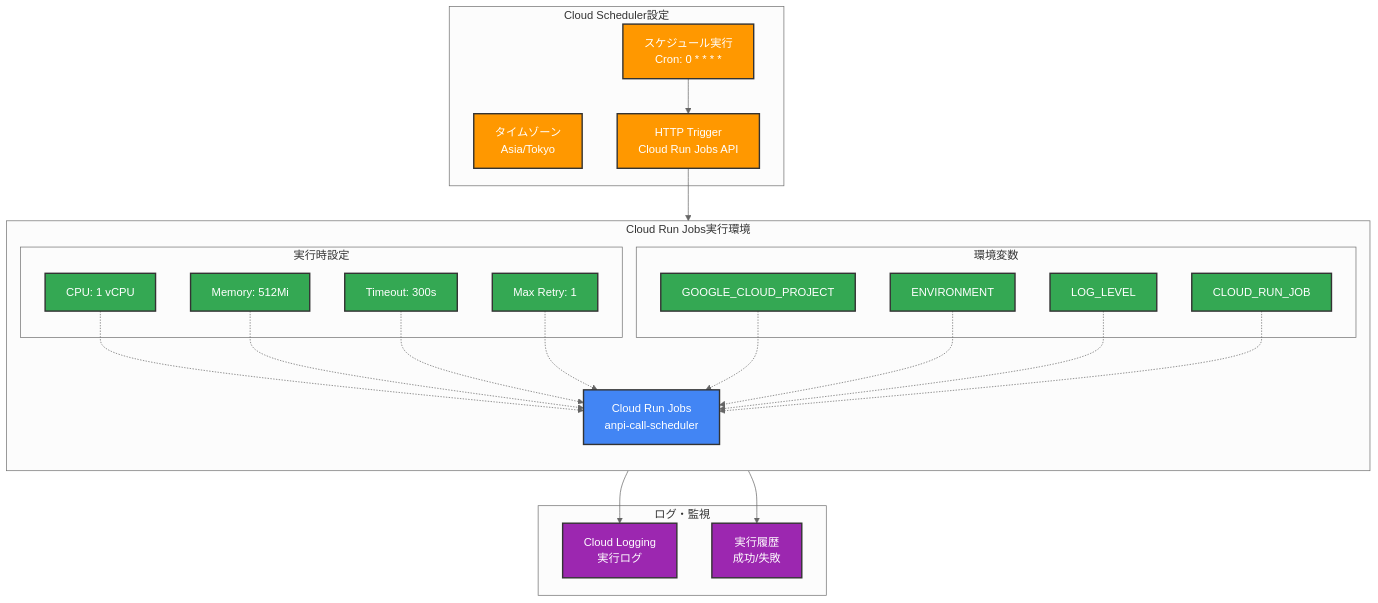
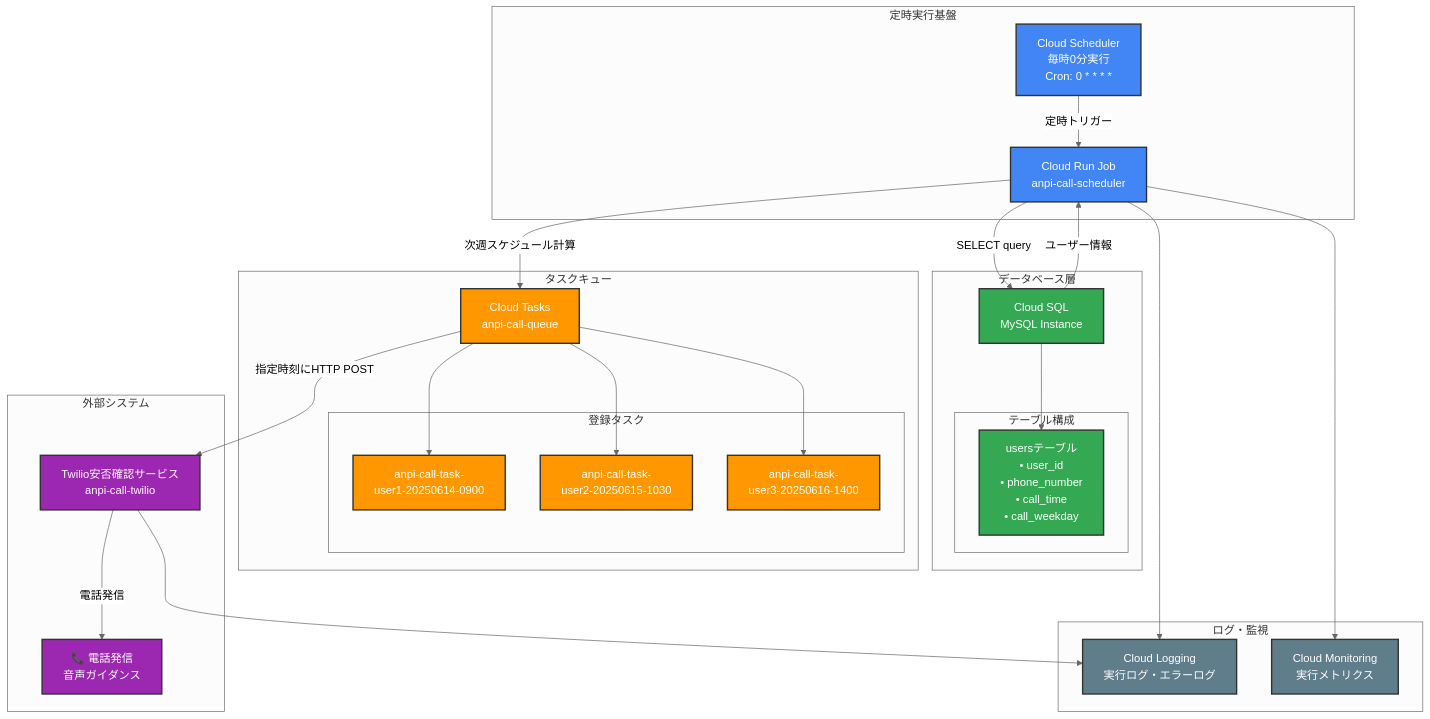
One commit to univac-1/google-cloud-japan-ai-hackathon-vol2 changed the fourth of 5 diagrams in anpi-call-scheduler/docs/system-architecture.md. Above: the diagram before and after it, drawn with Mermaid (neutral theme). The commit also changed other lines of this file and 2 other files, not shown here.

First line of the commit message:
Add detailed processing flow documentation for 安否確認スケジューラー

````diff
--- a/anpi-call-scheduler/docs/system-architecture.md
+++ b/anpi-call-scheduler/docs/system-architecture.md
@@ -187,58 +175,67 @@
 ```mermaid
 graph TB
-    subgraph "Cloud Run Jobs実行環境"
-        direction TB
-        CRJ[Cloud Run Jobs<br/>anpi-call-scheduler]
-        
-        subgraph "実行時設定"
-            CPU[CPU: 1 vCPU]
-            MEM[Memory: 512Mi]
-            TIMEOUT[Timeout: 300s]
-            RETRY[Max Retry: 1]
-        end
-        
-        subgraph "環境変数"
-            PROJECT[GOOGLE_CLOUD_PROJECT]
-            ENV_VAR[ENVIRONMENT]
-            LOG[LOG_LEVEL]
-            JOB_NAME[CLOUD_RUN_JOB]
+    subgraph "定時実行基盤"
+        CS[Cloud Scheduler<br/>毎時0分実行<br/>Cron: 0 * * * *]
+        CRJ[Cloud Run Job<br/>anpi-call-scheduler]
+    end
+    
+    subgraph "データベース層"
+        SQL[Cloud SQL<br/>MySQL Instance]
+        subgraph "テーブル構成"
+            USERS[usersテーブル<br/>• user_id<br/>• phone_number<br/>• call_time<br/>• call_weekday]
         end
     end
     
-    subgraph "Cloud Scheduler設定"
-        SCHEDULE[スケジュール実行<br/>Cron: 0 * * * *]
-        TIMEZONE[タイムゾーン<br/>Asia/Tokyo]
-        HTTP[HTTP Trigger<br/>Cloud Run Jobs API]
+    subgraph "タスクキュー"
+        CT[Cloud Tasks<br/>anpi-call-queue]
+        subgraph "登録タスク"
+            TASK1[anpi-call-task-<br/>user1-20250614-0900]
+            TASK2[anpi-call-task-<br/>user2-20250615-1030]
+            TASK3[anpi-call-task-<br/>user3-20250616-1400]
+        end
+    end
+    
+    subgraph "外部システム"
+        TWILIO[Twilio安否確認サービス<br/>anpi-call-twilio]
+        PHONE[📞 電話発信<br/>音声ガイダンス]
     end
     
     subgraph "ログ・監視"
-        LOGGING[Cloud Logging<br/>実行ログ]
-        MONITOR[実行履歴<br/>成功/失敗]
+        CL[Cloud Logging<br/>実行ログ・エラーログ]
+        CM[Cloud Monitoring<br/>実行メトリクス]
     end
     
-    %% 実行フロー
-    SCHEDULE --> HTTP
-    HTTP --> CRJ
-    CRJ --> LOGGING
-    CRJ --> MONITOR
+    %% メインフロー
+    CS -->|定時トリガー| CRJ
+    CRJ -->|SELECT query| SQL
+    SQL -->|ユーザー情報| CRJ
+    CRJ -->|次週スケジュール計算| CT
+    CT -->|指定時刻にHTTP POST| TWILIO
+    TWILIO -->|電話発信| PHONE
     
-    %% 設定の関係
-    CPU -.-> CRJ
-    MEM -.-> CRJ
-    TIMEOUT -.-> CRJ
-    RETRY -.-> CRJ
-    PROJECT -.-> CRJ
-    ENV_VAR -.-> CRJ
-    LOG -.-> CRJ
-    JOB_NAME -.-> CRJ
+    %% テーブル詳細
+    SQL --> USERS
     
-    classDef job fill:#4285f4,stroke:#333,stroke-width:2px,color:#fff
-    classDef config fill:#34a853,stroke:#333,stroke-width:2px,color:#fff
-    classDef schedule fill:#ff9800,stroke:#333,stroke-width:2px,color:#fff
-    classDef logging fill:#9c27b0,stroke:#333,stroke-width:2px,color:#fff
+    %% タスク詳細
+    CT --> TASK1
+    CT --> TASK2  
+    CT --> TASK3
     
-    class CRJ job
-    class CPU,MEM,TIMEOUT,RETRY,PROJECT,ENV_VAR,LOG,JOB_NAME config
-    class SCHEDULE,TIMEZONE,HTTP schedule
-    class LOGGING,MONITOR logging
+    %% ログ出力
+    CRJ --> CL
+    CRJ --> CM
+    TWILIO --> CL
+    
+    %% スタイリング
+    classDef scheduler fill:#4285f4,stroke:#333,stroke-width:2px,color:#fff
+    classDef database fill:#34a853,stroke:#333,stroke-width:2px,color:#fff
+    classDef tasks fill:#ff9800,stroke:#333,stroke-width:2px,color:#fff
+    classDef external fill:#9c27b0,stroke:#333,stroke-width:2px,color:#fff
+    classDef monitoring fill:#607d8b,stroke:#333,stroke-width:2px,color:#fff
+    
+    class CS,CRJ scheduler
+    class SQL,USERS database
+    class CT,TASK1,TASK2,TASK3 tasks
+    class TWILIO,PHONE external
+    class CL,CM monitoring
 ```
````
